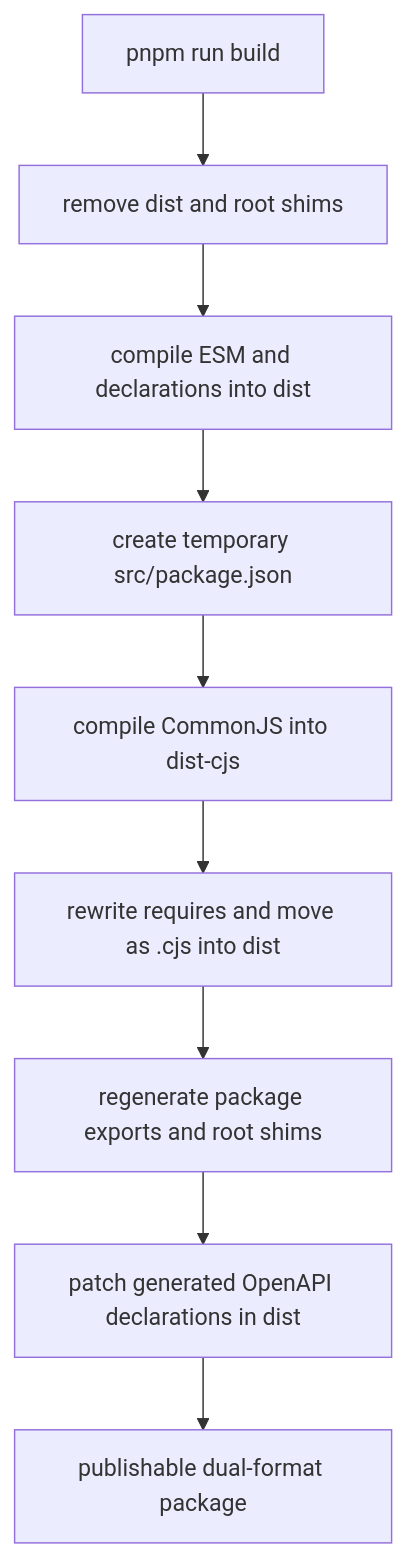
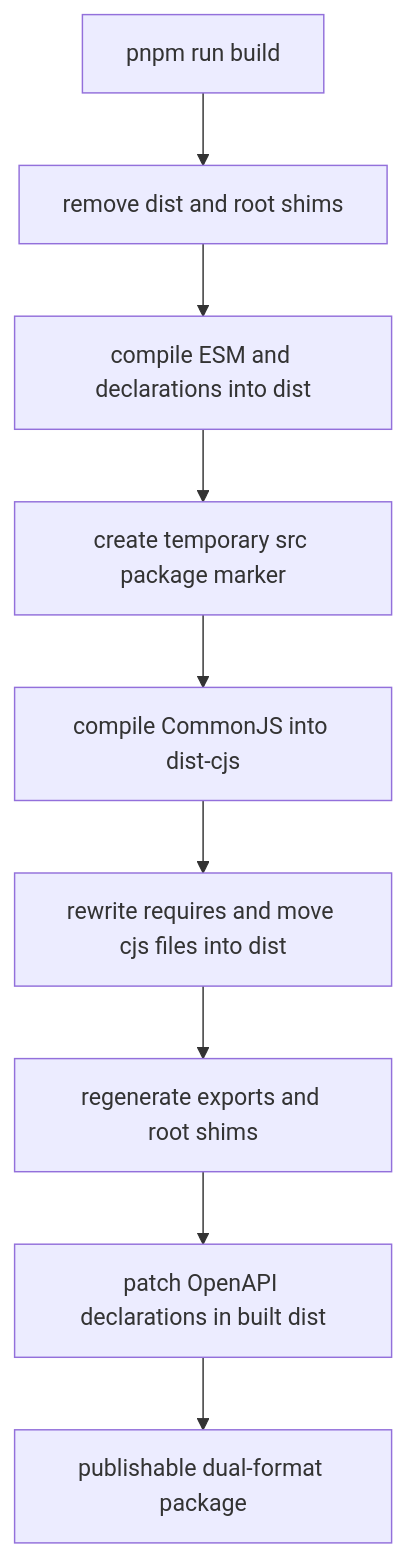
Before and after one commit to langchain-ai/langsmith-sdk: the first of 4 diagrams in openwiki/operations/development-and-release.md, drawn with Mermaid. The commit also changed other lines of this file and 34 other files, not shown here.

````diff
--- a/openwiki/operations/development-and-release.md
+++ b/openwiki/operations/development-and-release.md
@@ -123,11 +140,11 @@
 ```mermaid
 flowchart TD
     Start["pnpm run build"] --> Clean["remove dist and root shims"]
     Clean --> Esm["compile ESM and declarations into dist"]
-    Esm --> CjsTemp["create temporary src/package.json"]
-    CjsTemp --> CjsCompile["compile CommonJS into dist-cjs"]
-    CjsCompile --> Move["rewrite requires and move as .cjs into dist"]
-    Move --> Entrypoints["regenerate package exports and root shims"]
-    Entrypoints --> Patch["patch generated OpenAPI declarations in dist"]
+    Esm --> CjsMarker["create temporary src package marker"]
+    CjsMarker --> CjsCompile["compile CommonJS into dist-cjs"]
+    CjsCompile --> Move["rewrite requires and move cjs files into dist"]
+    Move --> Entrypoints["regenerate exports and root shims"]
+    Entrypoints --> Patch["patch OpenAPI declarations in built dist"]
     Patch --> Package["publishable dual-format package"]
 ```
````
